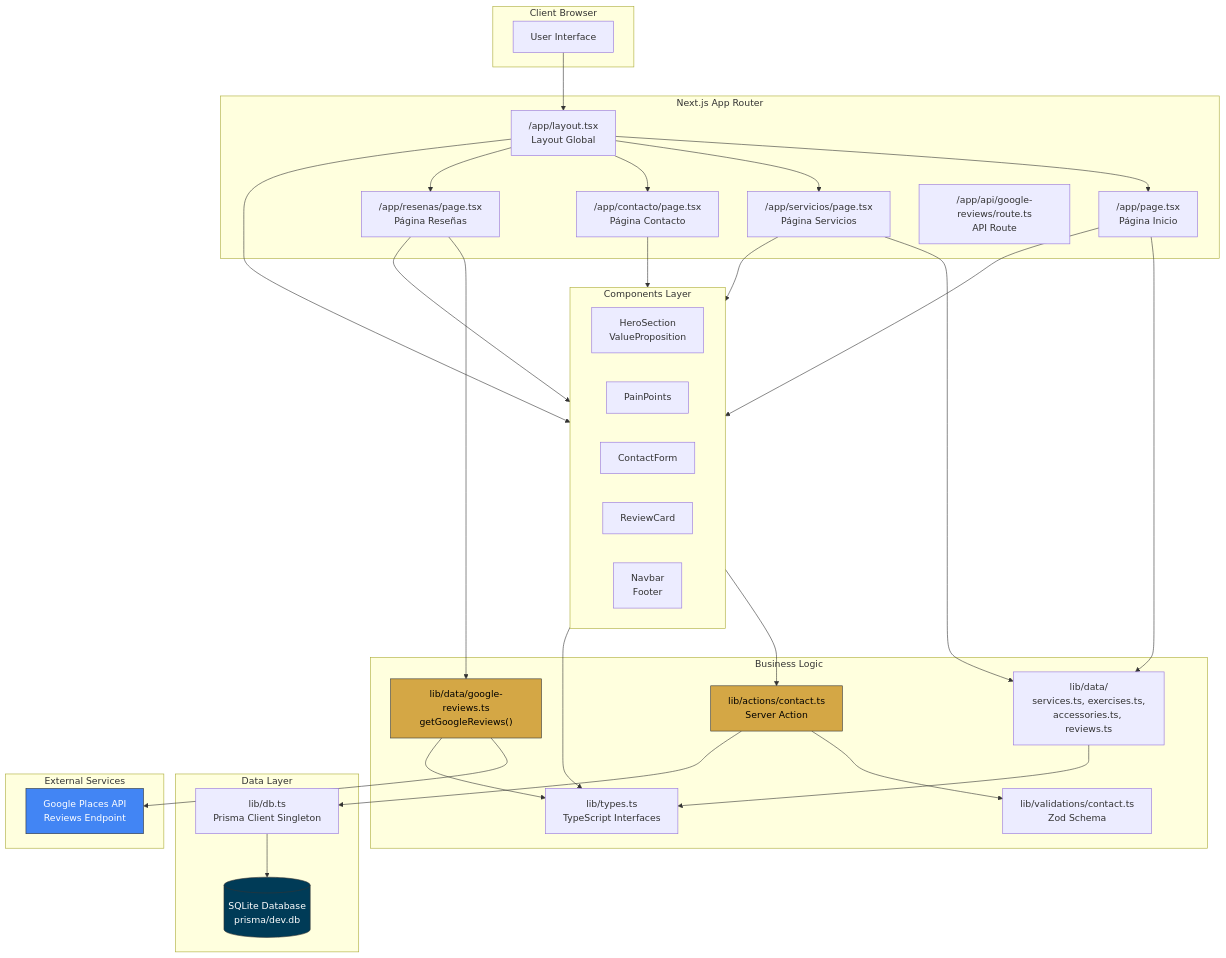
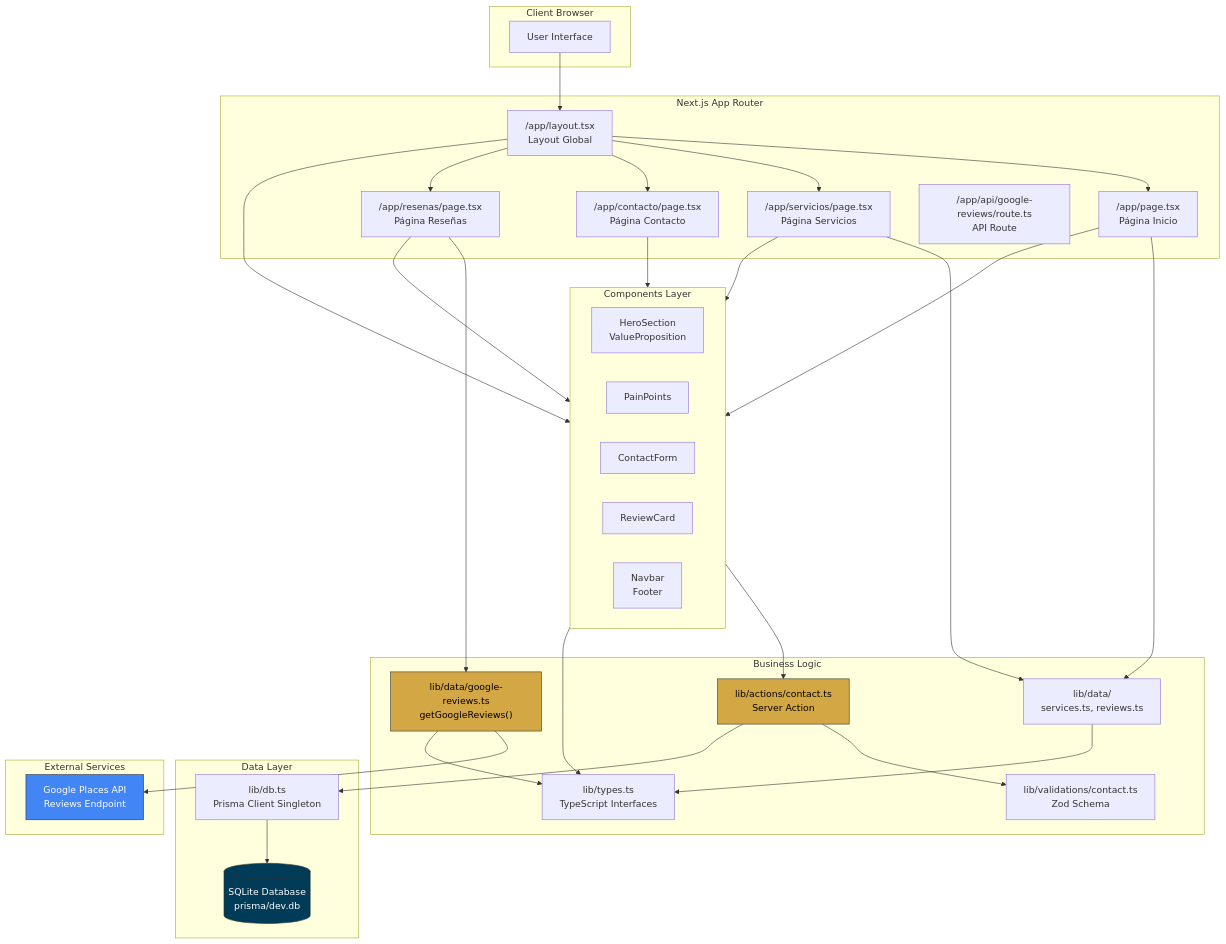
One commit to Leonela88/health-control-web changed the first of 3 diagrams in README.md. Above: the diagram before and after it, drawn with Mermaid. The commit also changed other lines of this file and 16 other files, not shown here.

````diff
--- a/README.md
+++ b/README.md
@@ -212,70 +204,70 @@
 ```mermaid
 graph TB
     subgraph "Client Browser"
         UI[User Interface]
     end
 
     subgraph "Next.js App Router"
         HomePage["/app/page.tsx<br/>Página Inicio"]
         ServiciosPage["/app/servicios/page.tsx<br/>Página Servicios"]
         ContactoPage["/app/contacto/page.tsx<br/>Página Contacto"]
         ResenasPage["/app/resenas/page.tsx<br/>Página Reseñas"]
         Layout["/app/layout.tsx<br/>Layout Global"]
         APIRoute["/app/api/google-reviews/route.ts<br/>API Route"]
     end
 
     subgraph "Components Layer"
         direction LR
         HomeComponents["HeroSection<br/>ValueProposition"]
         ServiciosComponents["PainPoints"]
         ContactComponents["ContactForm"]
         ResenasComponents["ReviewCard"]
         LayoutComponents["Navbar<br/>Footer"]
     end
 
     subgraph "Business Logic"
         ServerAction["lib/actions/contact.ts<br/>Server Action"]
         GoogleReviews["lib/data/google-reviews.ts<br/>getGoogleReviews()"]
-        StaticData["lib/data/<br/>services.ts, exercises.ts,<br/>accessories.ts, reviews.ts"]
+        StaticData["lib/data/<br/>services.ts, reviews.ts"]
         Validation["lib/validations/contact.ts<br/>Zod Schema"]
         Types["lib/types.ts<br/>TypeScript Interfaces"]
     end
 
     subgraph "Data Layer"
         PrismaClient["lib/db.ts<br/>Prisma Client Singleton"]
         DB[(SQLite Database<br/>prisma/dev.db)]
     end
 
     subgraph "External Services"
         GoogleAPI[Google Places API<br/>Reviews Endpoint]
     end
 
     UI --> Layout
     Layout --> HomePage & ServiciosPage & ContactoPage & ResenasPage
     Layout --> LayoutComponents
 
     HomePage --> HomeComponents
     ServiciosPage --> ServiciosComponents
     ContactoPage --> ContactComponents
     ResenasPage --> ResenasComponents
 
     ServiciosPage --> StaticData
     HomePage --> StaticData
     
     ContactComponents --> ServerAction
     ServerAction --> Validation
     ServerAction --> PrismaClient
     PrismaClient --> DB
 
     ResenasPage --> GoogleReviews
     GoogleReviews --> GoogleAPI
     GoogleReviews --> Types
     ResenasComponents --> Types
 
     StaticData --> Types
 
     style GoogleAPI fill:#4285f4,stroke:#333,color:#fff
     style DB fill:#003b57,stroke:#333,color:#fff
     style ServerAction fill:#d4a745,stroke:#333,color:#000
     style GoogleReviews fill:#d4a745,stroke:#333,color:#000
 ```
````
